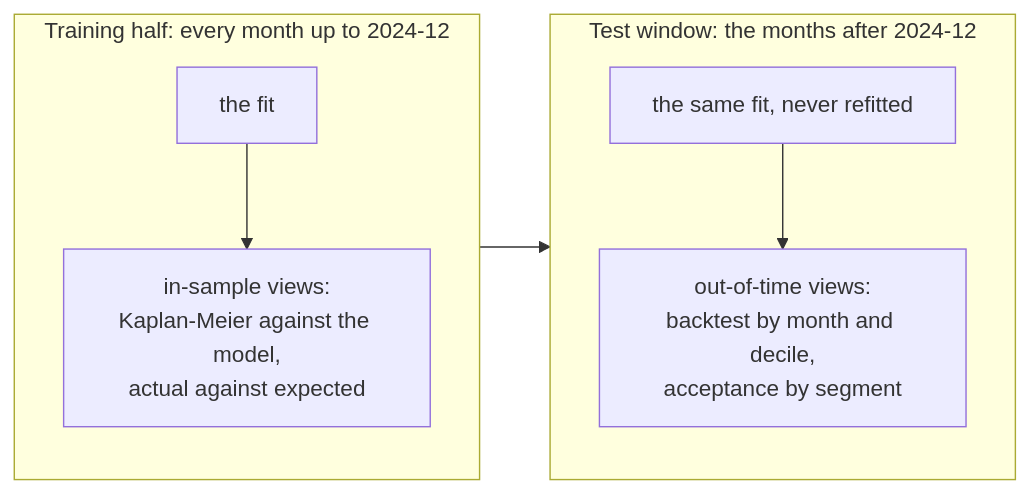
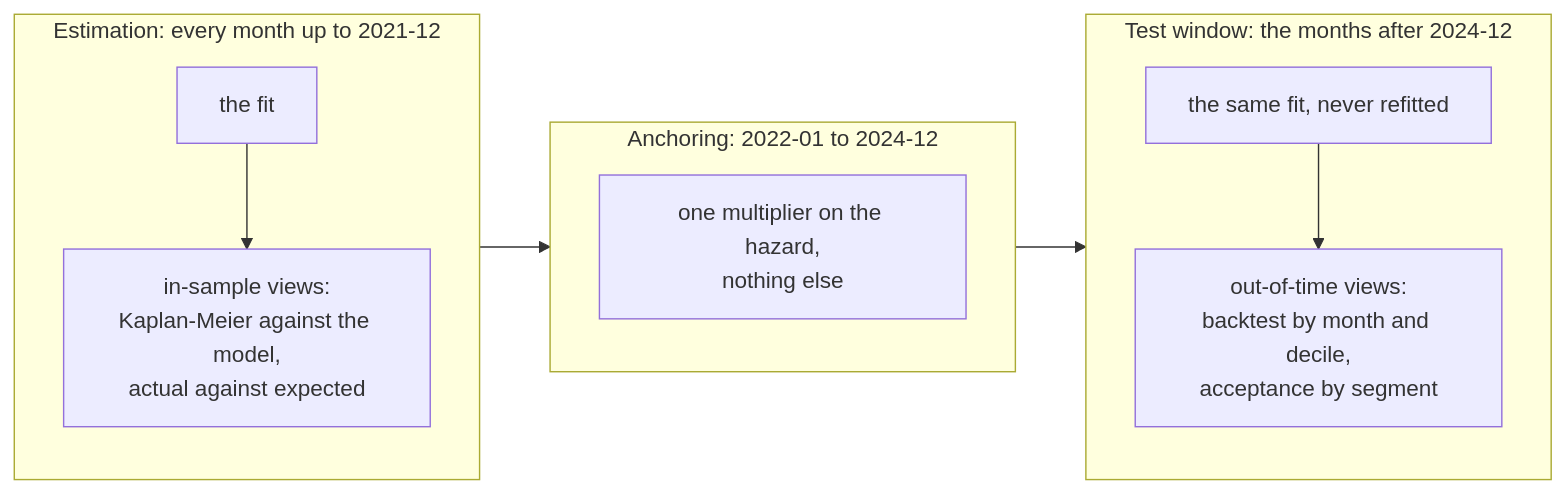
One commit to LorenzoPerrella/credit-game changed the diagram in docs/calibration.md. Above: the diagram before and after it, drawn with Mermaid. The commit also changed other lines of this file and 4 other files, not shown here.

````diff
--- a/docs/calibration.md
+++ b/docs/calibration.md
@@ -17,10 +17,13 @@
 ```mermaid
 flowchart LR
-    subgraph train["Training half: every month up to 2024-12"]
+    subgraph train["Estimation: every month up to 2021-12"]
         A["the fit"] --> B["in-sample views:<br/>Kaplan-Meier against the model,<br/>actual against expected"]
+    end
+    subgraph anchor["Anchoring: 2022-01 to 2024-12"]
+        E["one multiplier on the hazard,<br/>nothing else"]
     end
     subgraph test["Test window: the months after 2024-12"]
         C["the same fit, never refitted"] --> D["out-of-time views:<br/>backtest by month and decile,<br/>acceptance by segment"]
     end
-    train --> test
+    train --> anchor --> test
 ```
````
